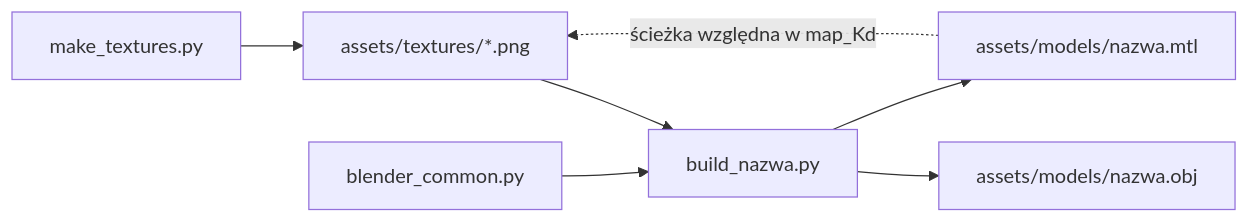
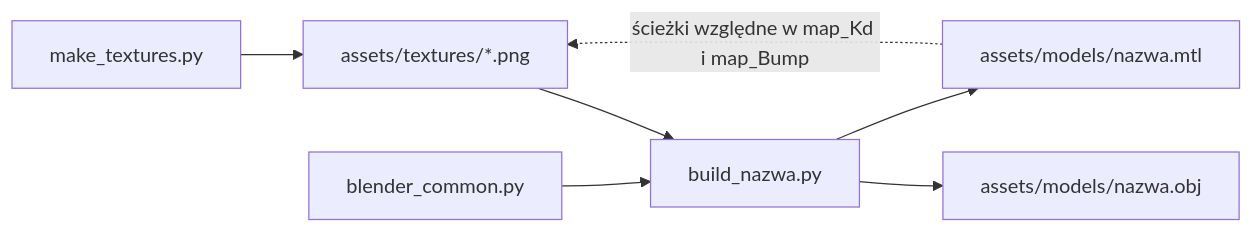
Before and after one commit to Shironex/night-maze: the first of 3 diagrams in docs/guides/blender.md, drawn with Mermaid. The commit also changed other lines of this file and 11 other files, not shown here.

````diff
--- a/docs/guides/blender.md
+++ b/docs/guides/blender.md
@@ -27,9 +31,9 @@
 ```mermaid
 flowchart LR
     T["make_textures.py"] --> P["assets/textures/*.png"]
     P --> B["build_nazwa.py"]
     C["blender_common.py"] --> B
     B --> O["assets/models/nazwa.obj"]
     B --> M["assets/models/nazwa.mtl"]
-    M -.->|"ścieżka względna w map_Kd"| P
+    M -.->|"ścieżki względne w map_Kd i map_Bump"| P
 ```
````
